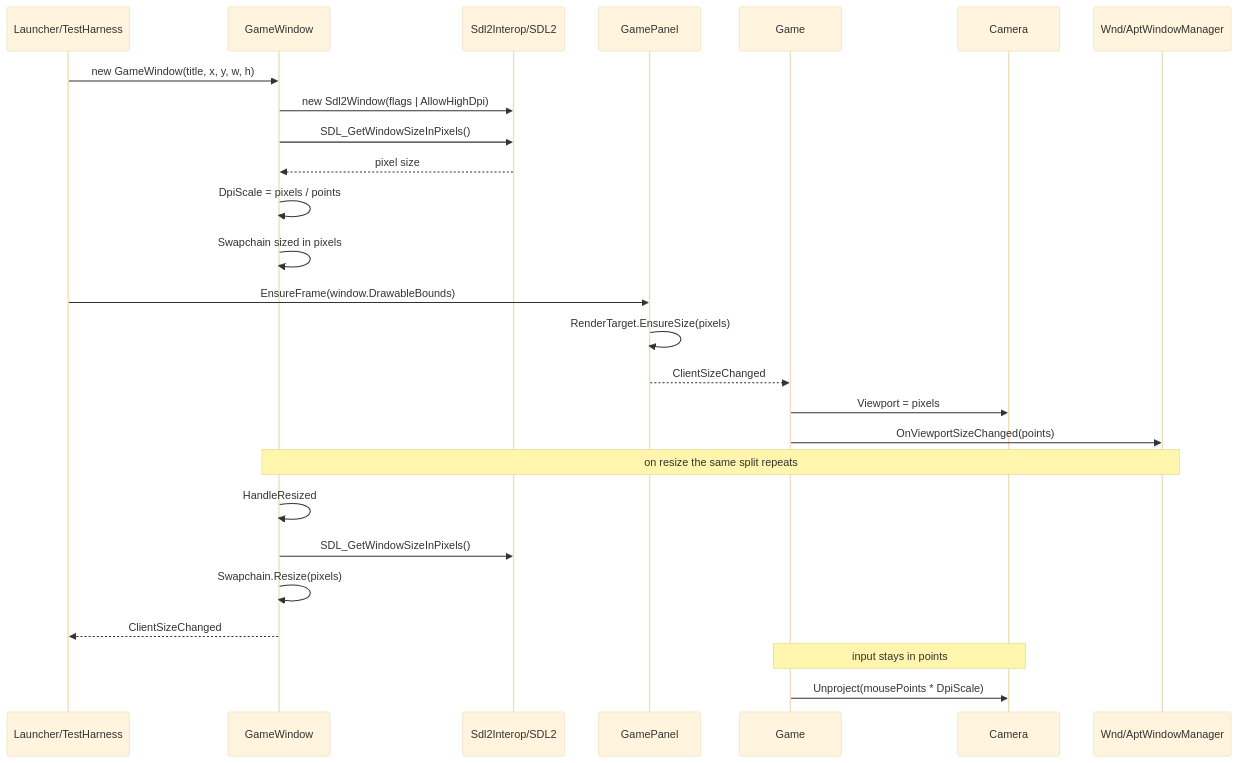
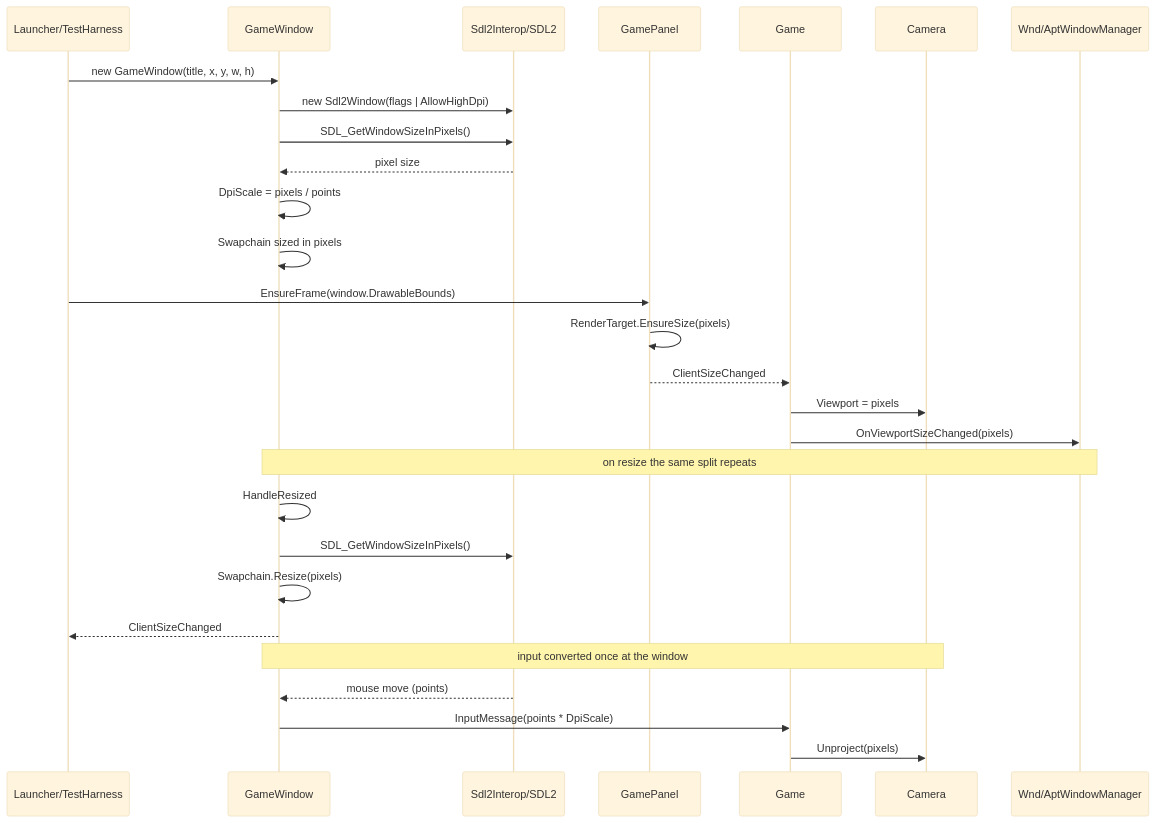
Before and after one commit to rmessinger/Panopticon: the second of 2 diagrams in docs/roadmap/deep-dives/g1-high-dpi-resolution.md, drawn with Mermaid (base theme). The commit also changed other lines of this file and 8 other files, not shown here.

Commit message:
feat(input): WI-G1-04 convert mouse input to pixels at the window boundary

````diff
--- a/docs/roadmap/deep-dives/g1-high-dpi-resolution.md
+++ b/docs/roadmap/deep-dives/g1-high-dpi-resolution.md
@@ -149,32 +163,34 @@
 ```mermaid
 sequenceDiagram
   participant App as Launcher/TestHarness
   participant W as GameWindow
   participant SDL as Sdl2Interop/SDL2
   participant P as GamePanel
   participant G as Game
   participant C as Camera
   participant U as Wnd/AptWindowManager
 
   App->>W: new GameWindow(title, x, y, w, h)
   W->>SDL: new Sdl2Window(flags | AllowHighDpi)
   W->>SDL: SDL_GetWindowSizeInPixels()
   SDL-->>W: pixel size
   W->>W: DpiScale = pixels / points
   W->>W: Swapchain sized in pixels
 
   App->>P: EnsureFrame(window.DrawableBounds)
   P->>P: RenderTarget.EnsureSize(pixels)
   P-->>G: ClientSizeChanged
   G->>C: Viewport = pixels
-  G->>U: OnViewportSizeChanged(points)
+  G->>U: OnViewportSizeChanged(pixels)
 
   Note over W,U: on resize the same split repeats
   W->>W: HandleResized
   W->>SDL: SDL_GetWindowSizeInPixels()
   W->>W: Swapchain.Resize(pixels)
   W-->>App: ClientSizeChanged
 
-  Note over G,C: input stays in points
-  G->>C: Unproject(mousePoints * DpiScale)
+  Note over W,C: input converted once at the window
+  SDL-->>W: mouse move (points)
+  W->>G: InputMessage(points * DpiScale)
+  G->>C: Unproject(pixels)
 ```
````
